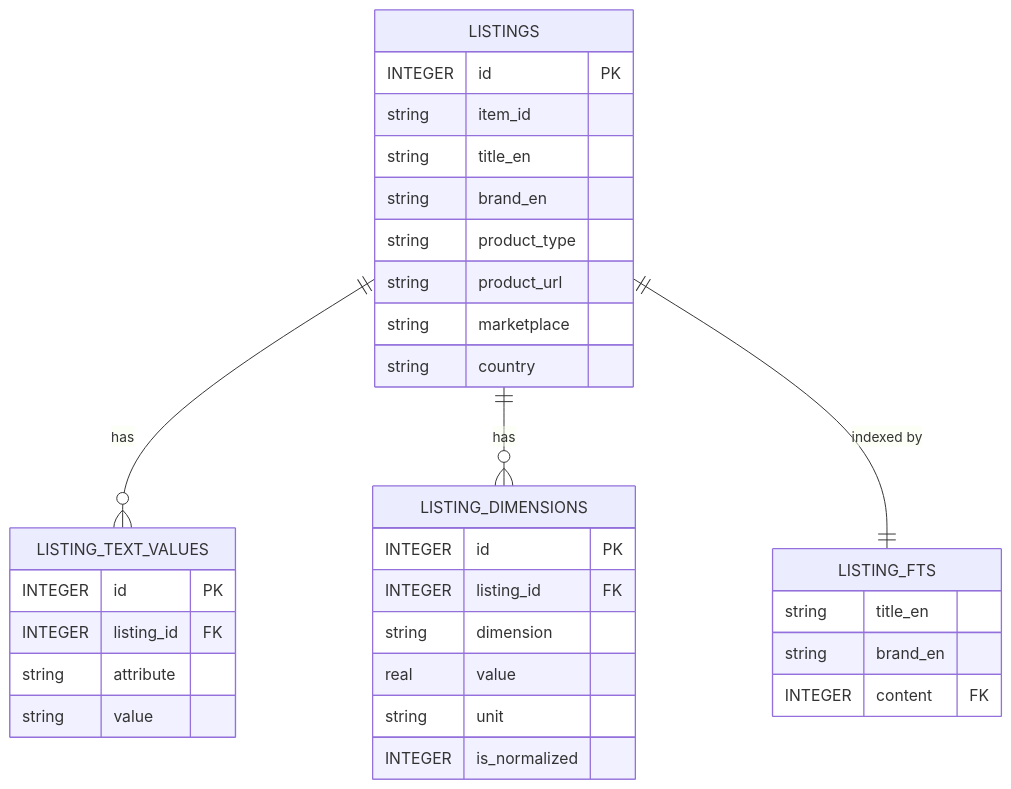
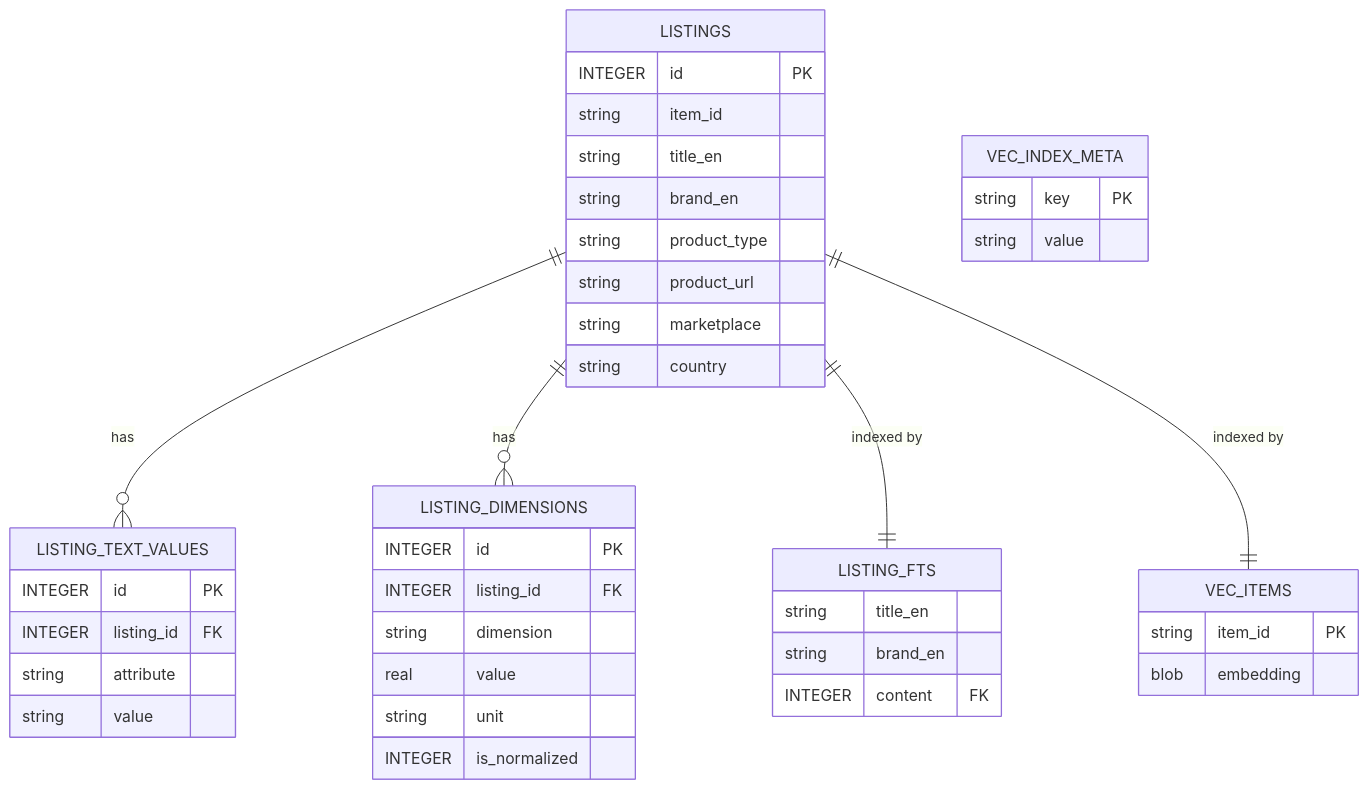
Before and after one commit to rajasingh012/retail-concierge: the third of 5 diagrams in architecture.md, drawn with Mermaid. The commit also changed other lines of this file and 14 other files, not shown here.

````diff
--- a/architecture.md
+++ b/architecture.md
@@ -123,36 +125,45 @@
 ```mermaid
 erDiagram
   LISTINGS ||--o{ LISTING_TEXT_VALUES : "has"
   LISTINGS ||--o{ LISTING_DIMENSIONS : "has"
   LISTINGS ||--|| LISTING_FTS : "indexed by"
+  LISTINGS ||--|| VEC_ITEMS : "indexed by"
 
   LISTINGS {
     INTEGER id PK
     string  item_id
     string  title_en
     string  brand_en
     string  product_type
     string  product_url
     string  marketplace
     string  country
   }
   LISTING_TEXT_VALUES {
     INTEGER id PK
     INTEGER listing_id FK
     string  attribute
     string  value
   }
   LISTING_DIMENSIONS {
     INTEGER id PK
     INTEGER listing_id FK
     string  dimension
     real    value
     string  unit
     INTEGER is_normalized
   }
   LISTING_FTS {
     string    title_en
     string    brand_en
     INTEGER   content FK
   }
+  VEC_ITEMS {
+    string   item_id PK
+    blob     embedding
+  }
+  VEC_INDEX_META {
+    string key PK
+    string value
+  }
 ```
````
